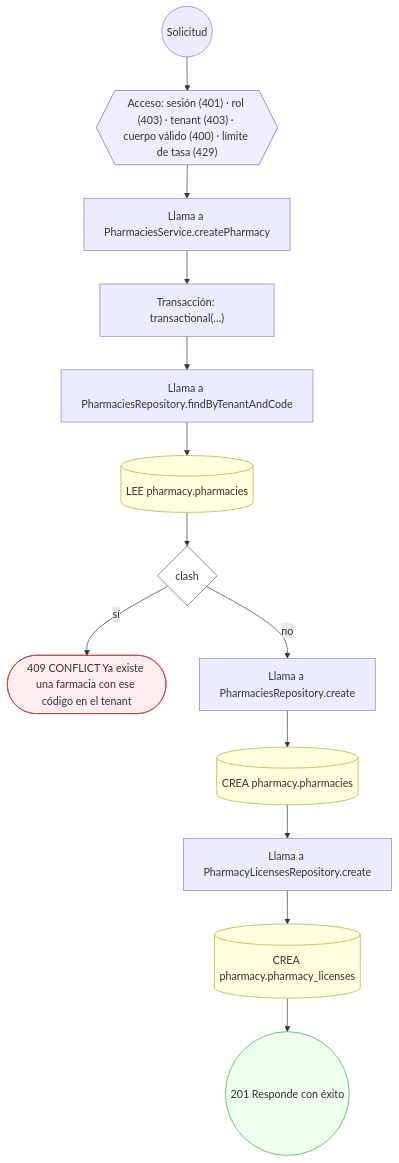
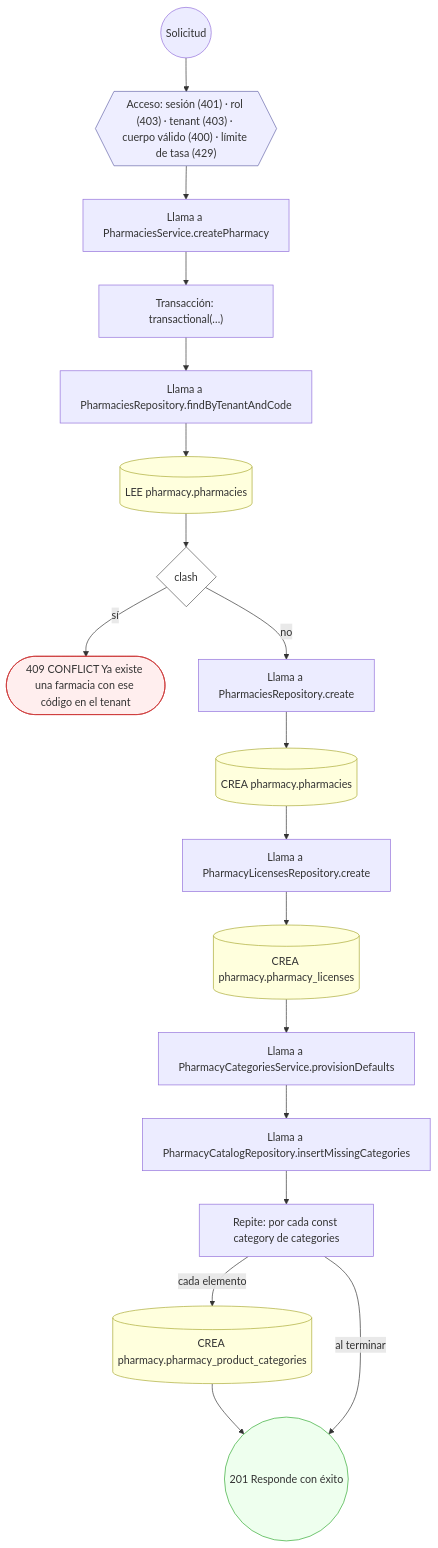
Before and after one commit to mdavila-2001/mantra-core-health-api: the third of 29 diagrams in docs/inventario/flujos/pharmacy.md, drawn with Mermaid. The commit also changed other lines of this file and 205 other files, not shown here.

````diff
--- a/docs/inventario/flujos/pharmacy.md
+++ b/docs/inventario/flujos/pharmacy.md
@@ -323,34 +402,43 @@
 ```mermaid
 flowchart TD
   n1(("Solicitud")):::inicio
   n2{{"Acceso: sesión (401) · rol (403) · tenant (403) · cuerpo válido (400) · límite de tasa (429)"}}:::acceso
   n1 --> n2
   n3["Llama a PharmaciesService.createPharmacy"]:::llamada
   n2 --> n3
   n4["Transacción: transactional(…)"]:::transaccion
   n3 --> n4
   n5["Llama a PharmaciesRepository.findByTenantAndCode"]:::llamada
   n4 --> n5
   n6[("LEE pharmacy.pharmacies")]:::efecto
   n5 --> n6
   n7{"clash"}:::decision
   n6 --> n7
   n8(["409 CONFLICT Ya existe una farmacia con ese código en el tenant"]):::error
   n7 -->|"sí"| n8
   n9["Llama a PharmaciesRepository.create"]:::llamada
   n7 -->|"no"| n9
   n10[("CREA pharmacy.pharmacies")]:::efecto
   n9 --> n10
   n11["Llama a PharmacyLicensesRepository.create"]:::llamada
   n10 --> n11
   n12[("CREA pharmacy.pharmacy_licenses")]:::efecto
   n11 --> n12
-  n13(("201 Responde con éxito")):::ok
+  n13["Llama a PharmacyCategoriesService.provisionDefaults"]:::llamada
   n12 --> n13
+  n14["Llama a PharmacyCatalogRepository.insertMissingCategories"]:::llamada
+  n13 --> n14
+  n15["Repite: por cada const category de categories"]:::bucle
+  n14 --> n15
+  n16[("CREA pharmacy.pharmacy_product_categories")]:::efecto
+  n15 -->|"cada elemento"| n16
+  n17(("201 Responde con éxito")):::ok
+  n16 --> n17
+  n15 -->|"al terminar"| n17
   classDef acceso fill:#eef,stroke:#66a
   classDef error fill:#fee,stroke:#c33
   classDef ok fill:#efe,stroke:#3a3
   classDef efecto fill:#ffd,stroke:#aa3
   classDef decision fill:#fff,stroke:#555
   classDef corte fill:#eee,stroke:#999,stroke-dasharray: 4
 ```
````
